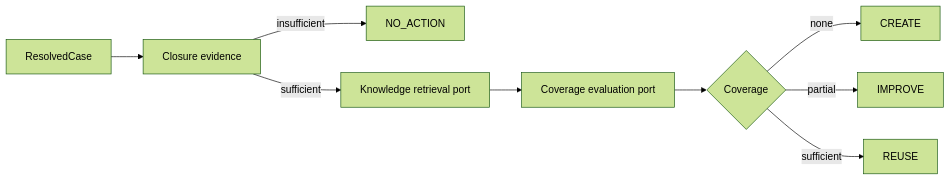
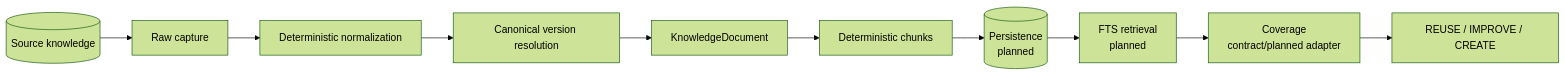
The first of 4 diagrams in README.md (kumarchandansingh/tropos), drawn with Mermaid (forest theme) before and after one commit. The commit also changed other lines of this file and 23 other files, not shown here.

First line of the commit message:
feat: add deterministic normalization and canonical versioning

````diff
--- a/README.md
+++ b/README.md
@@ -20,11 +20,13 @@
 ```mermaid
 flowchart LR
-    RC[ResolvedCase] --> CE[Closure evidence]
-    CE -->|insufficient| NA[NO_ACTION]
-    CE -->|sufficient| KR[Knowledge retrieval port]
-    KR --> KC[Coverage evaluation port]
-    KC --> D{Coverage}
-    D -->|none| C[CREATE]
-    D -->|partial| I[IMPROVE]
-    D -->|sufficient| R[REUSE]
+    S[(Source knowledge)]
+    --> R[Raw capture]
+    --> N[Deterministic normalization]
+    --> V[Canonical version resolution]
+    --> D[KnowledgeDocument]
+    --> C[Deterministic chunks]
+    --> P[(Persistence<br/>planned)]
+    --> F[FTS retrieval<br/>planned]
+    --> CV[Coverage<br/>contract/planned adapter]
+    --> A[REUSE / IMPROVE / CREATE]
 ```
````
